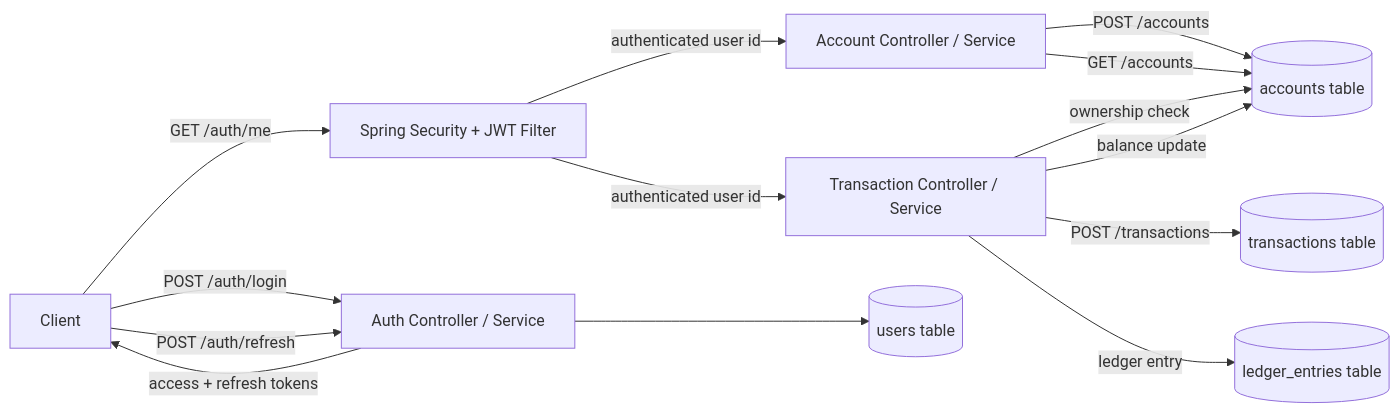
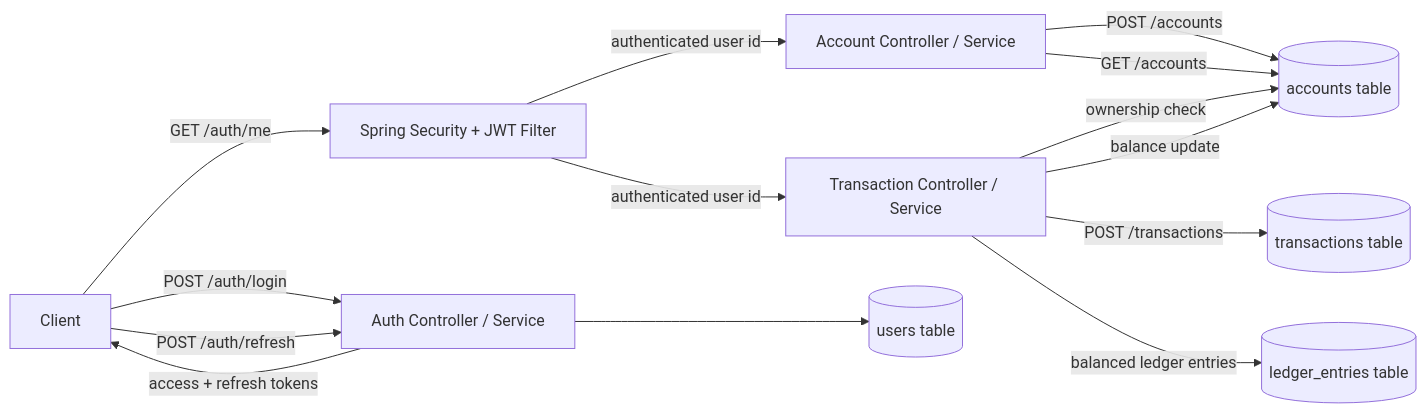
Before and after one commit to fanryan/ledgerflow: the second of 2 diagrams in README.md, drawn with Mermaid. The commit also changed other lines of this file and 3 other files, not shown here.

````diff
--- a/README.md
+++ b/README.md
@@ -72,29 +72,29 @@
 ```mermaid
 flowchart LR
     Client[Client]
     Security[Spring Security + JWT Filter]
     Auth[Auth Controller / Service]
     Accounts[Account Controller / Service]
     Transactions[Transaction Controller / Service]
     Users[(users table)]
     AccountTable[(accounts table)]
     TransactionTable[(transactions table)]
     LedgerTable[(ledger_entries table)]
 
     Client -->|POST /auth/login| Auth
     Auth --> Users
     Auth -->|access + refresh tokens| Client
 
     Client -->|GET /auth/me| Security
     Client -->|POST /auth/refresh| Auth
 
     Security -->|authenticated user id| Accounts
     Accounts -->|POST /accounts| AccountTable
     Accounts -->|GET /accounts| AccountTable
 
     Security -->|authenticated user id| Transactions
     Transactions -->|ownership check| AccountTable
     Transactions -->|POST /transactions| TransactionTable
-    Transactions -->|ledger entry| LedgerTable
+    Transactions -->|balanced ledger entries| LedgerTable
     Transactions -->|balance update| AccountTable
 ```
````
